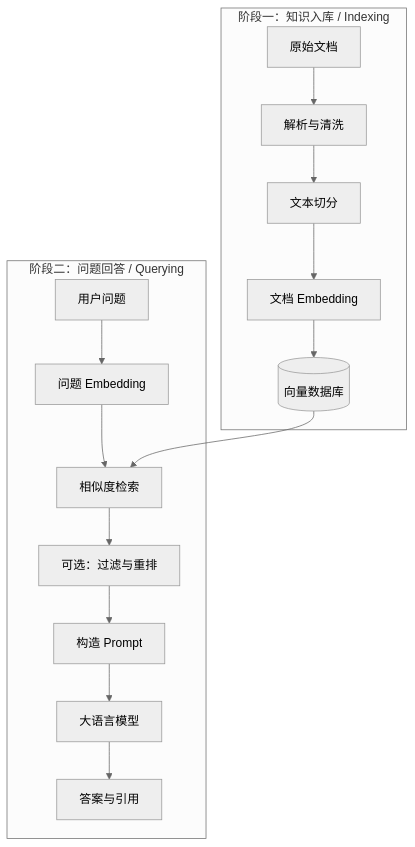
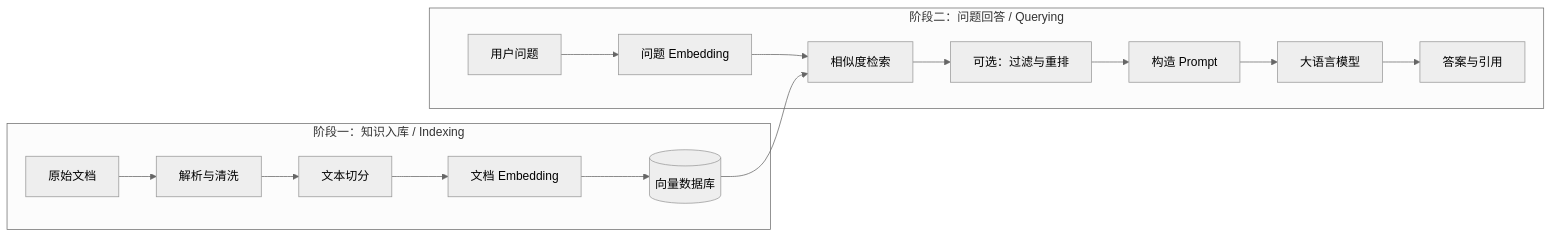
Before and after one commit to Turing-Cat/Turing-Cat.github.io: the second of 5 diagrams in _posts/2026-07-12-RAG.md, drawn with Mermaid (neutral theme).

Commit message:
docs: use horizontal RAG workflow layout

````diff
--- a/_posts/2026-07-12-RAG.md
+++ b/_posts/2026-07-12-RAG.md
@@ -35,19 +35,19 @@
 ```mermaid
-flowchart TB
+flowchart LR
     subgraph Indexing[阶段一：知识入库 / Indexing]
         D[原始文档] --> L[解析与清洗]
         L --> S[文本切分]
         S --> DE[文档 Embedding]
         DE --> V[(向量数据库)]
     end
 
     subgraph Querying[阶段二：问题回答 / Querying]
         Q[用户问题] --> QE[问题 Embedding]
         QE --> RET[相似度检索]
         V --> RET
         RET --> RR[可选：过滤与重排]
         RR --> P[构造 Prompt]
         P --> LLM[大语言模型]
         LLM --> A[答案与引用]
     end
 ```
````
